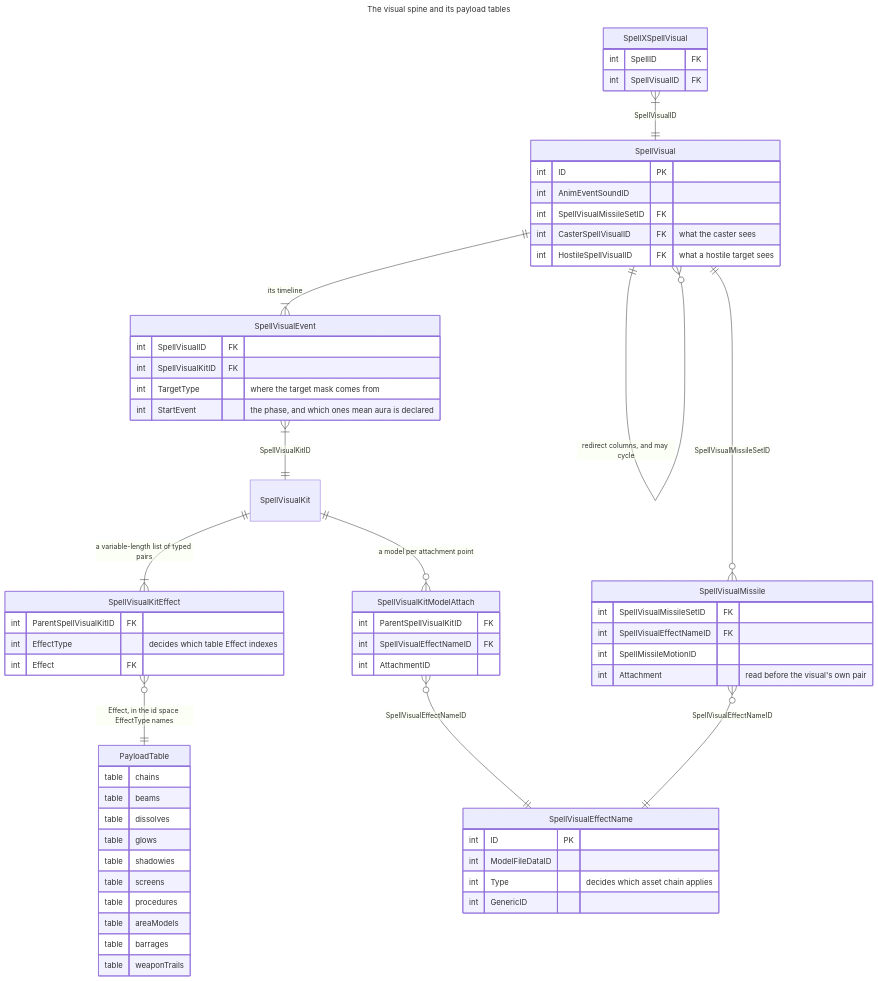
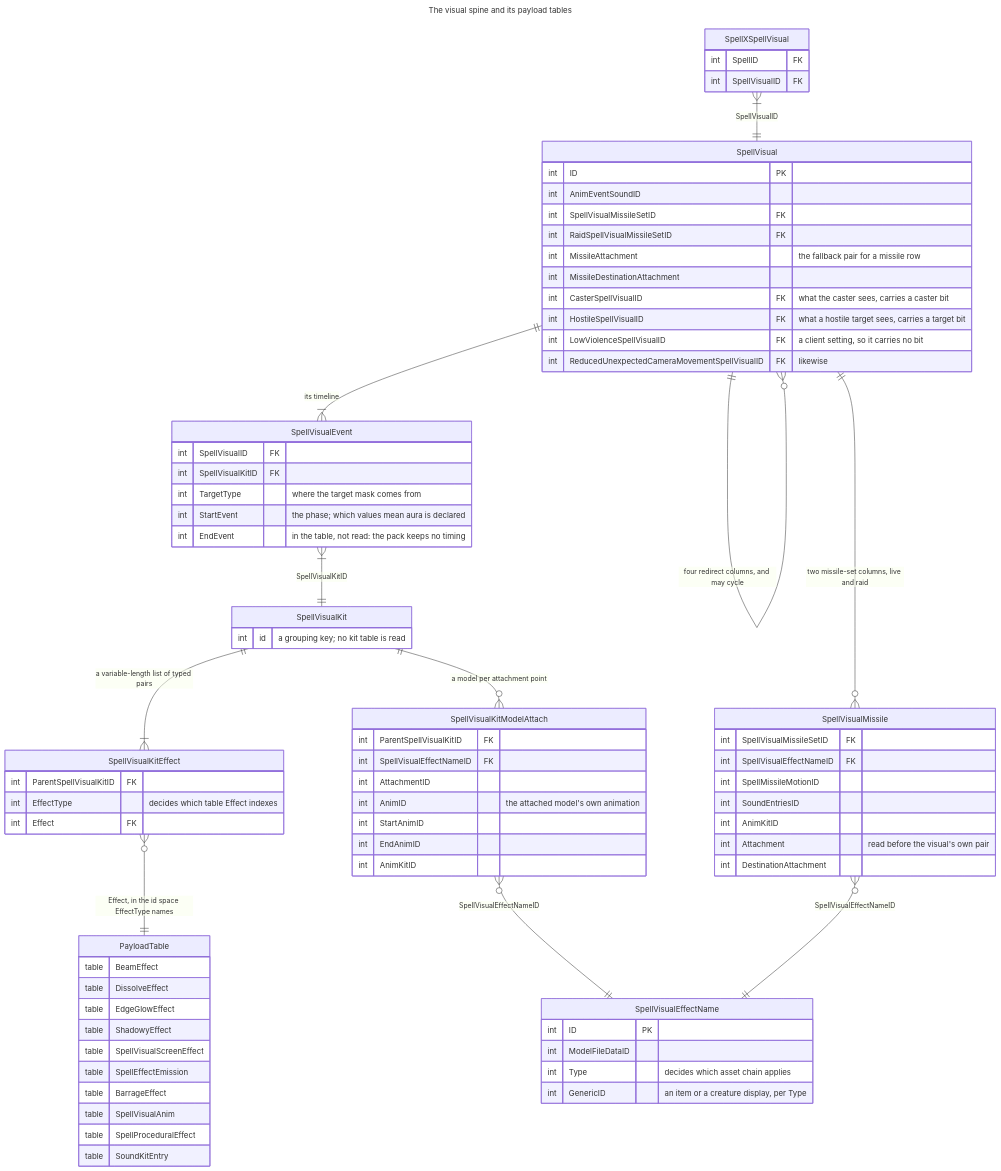
One commit to Natans8/Epsilook changed the fourth of 12 diagrams in docs/DATA_ROUTES.md. Above: the diagram before and after it, drawn with Mermaid. The commit also changed other lines of this file, not shown here.

````diff
--- a/docs/DATA_ROUTES.md
+++ b/docs/DATA_ROUTES.md
@@ -286,21 +346,22 @@
 erDiagram
     accTitle: The visual spine and its payload tables
     accDescr {
-      A spell fans out into visuals, each visual into events, each event into one kit, and
-      each kit into many typed payloads and attached models. A visual may also redirect to another
-      visual, including itself.
+    A spell fans out into visuals, each visual into events, each event into one kit, and
+    each kit into many typed payloads and attached models. The kit is an id rather than a row:
+    nothing reads a kit table, and both kit tables group by it. A visual may also redirect to
+    another visual through four columns, and those redirects can cycle. Missiles hang off the
+    visual directly and never off an event.
     }
-
-    SpellXSpellVisual }|--|| SpellVisual : "SpellVisualID"
-    SpellVisual ||--o{ SpellVisual : "redirect columns, and may cycle"
-    SpellVisual ||--|{ SpellVisualEvent : "its timeline"
-    SpellVisualEvent }|--|| SpellVisualKit : "SpellVisualKitID"
-    SpellVisualKit ||--|{ SpellVisualKitEffect : "a variable-length list of typed pairs"
-    SpellVisualKitEffect }o--|| PayloadTable : "Effect, in the id space EffectType names"
-    SpellVisualKit ||--o{ SpellVisualKitModelAttach : "a model per attachment point"
-    SpellVisualKitModelAttach }o--|| SpellVisualEffectName : "SpellVisualEffectNameID"
-    SpellVisual ||--o{ SpellVisualMissile : "SpellVisualMissileSetID"
-    SpellVisualMissile }o--|| SpellVisualEffectName : "SpellVisualEffectNameID"
+    SpellXSpellVisual }|--|| SpellVisual:"SpellVisualID"
+    SpellVisual ||--o{ SpellVisual:"four redirect columns, and may cycle"
+    SpellVisual ||--|{ SpellVisualEvent:"its timeline"
+    SpellVisualEvent }|--|| SpellVisualKit:"SpellVisualKitID"
+    SpellVisualKit ||--|{ SpellVisualKitEffect:"a variable-length list of typed pairs"
+    SpellVisualKitEffect }o--|| PayloadTable:"Effect, in the id space EffectType names"
+    SpellVisualKit ||--o{ SpellVisualKitModelAttach:"a model per attachment point"
+    SpellVisualKitModelAttach }o--|| SpellVisualEffectName:"SpellVisualEffectNameID"
+    SpellVisual ||--o{ SpellVisualMissile:"two missile-set columns, live and raid"
+    SpellVisualMissile }o--|| SpellVisualEffectName:"SpellVisualEffectNameID"
 
     SpellXSpellVisual {
         int SpellID FK
@@ -310,47 +371,63 @@
         int ID PK
         int AnimEventSoundID
         int SpellVisualMissileSetID FK
-        int CasterSpellVisualID FK "what the caster sees"
-        int HostileSpellVisualID FK "what a hostile target sees"
+        int RaidSpellVisualMissileSetID FK
+        int MissileAttachment"the fallback pair for a missile row"
+        int MissileDestinationAttachment
+        int CasterSpellVisualID FK"what the caster sees, carries a caster bit"
+        int HostileSpellVisualID FK"what a hostile target sees, carries a target bit"
+        int LowViolenceSpellVisualID FK"a client setting, so it carries no bit"
+        int ReducedUnexpectedCameraMovementSpellVisualID FK"likewise"
     }
     SpellVisualEvent {
         int SpellVisualID FK
         int SpellVisualKitID FK
-        int TargetType "where the target mask comes from"
-        int StartEvent "the phase, and which ones mean aura is declared"
+        int TargetType"where the target mask comes from"
+        int StartEvent"the phase; which values mean aura is declared"
+        int EndEvent"in the table, not read: the pack keeps no timing"
+    }
+    SpellVisualKit {
+        int id"a grouping key; no kit table is read"
     }
     SpellVisualKitEffect {
         int ParentSpellVisualKitID FK
-        int EffectType "decides which table Effect indexes"
+        int EffectType"decides which table Effect indexes"
         int Effect FK
     }
     SpellVisualKitModelAttach {
         int ParentSpellVisualKitID FK
         int SpellVisualEffectNameID FK
         int AttachmentID
+        int AnimID"the attached model's own animation"
+        int StartAnimID
+        int EndAnimID
+        int AnimKitID
     }
     SpellVisualEffectName {
         int ID PK
         int ModelFileDataID
-        int Type "decides which asset chain applies"
-        int GenericID
+        int Type"decides which asset chain applies"
+        int GenericID"an item or a creature display, per Type"
     }
     SpellVisualMissile {
         int SpellVisualMissileSetID FK
         int SpellVisualEffectNameID FK
         int SpellMissileMotionID
-        int Attachment "read before the visual's own pair"
+        int SoundEntriesID
+        int AnimKitID
+        int Attachment"read before the visual's own pair"
+        int DestinationAttachment
     }
     PayloadTable {
-        table chains
-        table beams
-        table dissolves
-        table glows
-        table shadowies
-        table screens
-        table procedures
-        table areaModels
-        table barrages
-        table weaponTrails
+        table BeamEffect
+        table DissolveEffect
+        table EdgeGlowEffect
+        table ShadowyEffect
+        table SpellVisualScreenEffect
+        table SpellEffectEmission
+        table BarrageEffect
+        table SpellVisualAnim
+        table SpellProceduralEffect
+        table SoundKitEntry
     }
 ```
````
